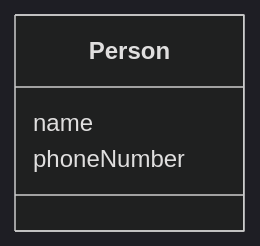
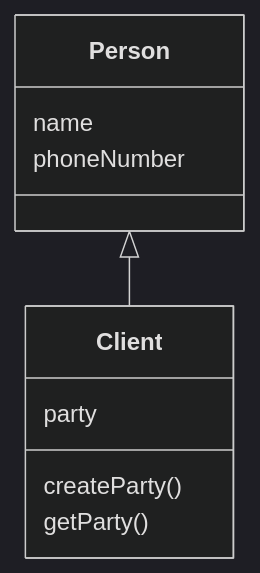
The diagram in README.md (Aljawharah46/CSC113-project-P1), drawn with Mermaid (dark theme) before and after one commit.

````diff
--- a/README.md
+++ b/README.md
@@ -2,7 +2,15 @@
 ```mermaid
 classDiagram
 class Person{
 name
 phoneNumber
 }
+
+class Client{
+party
+createParty()
+getParty()
+}
+
+Person <|-- Client
 ```
````
